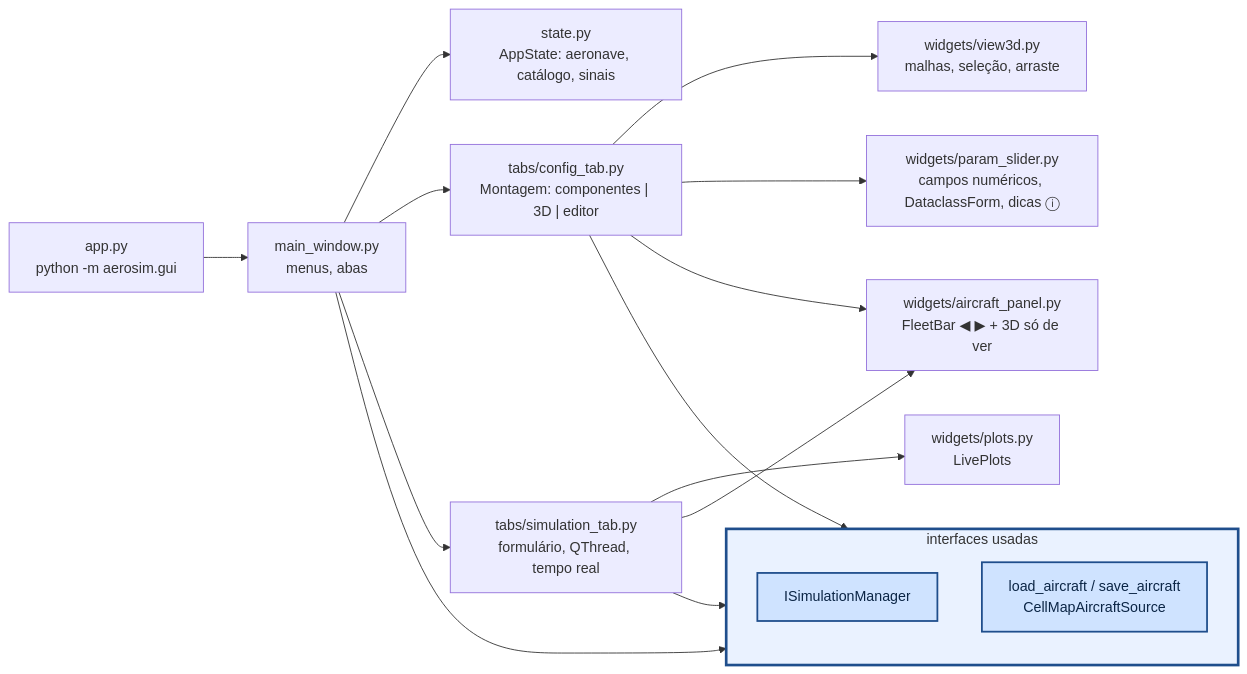
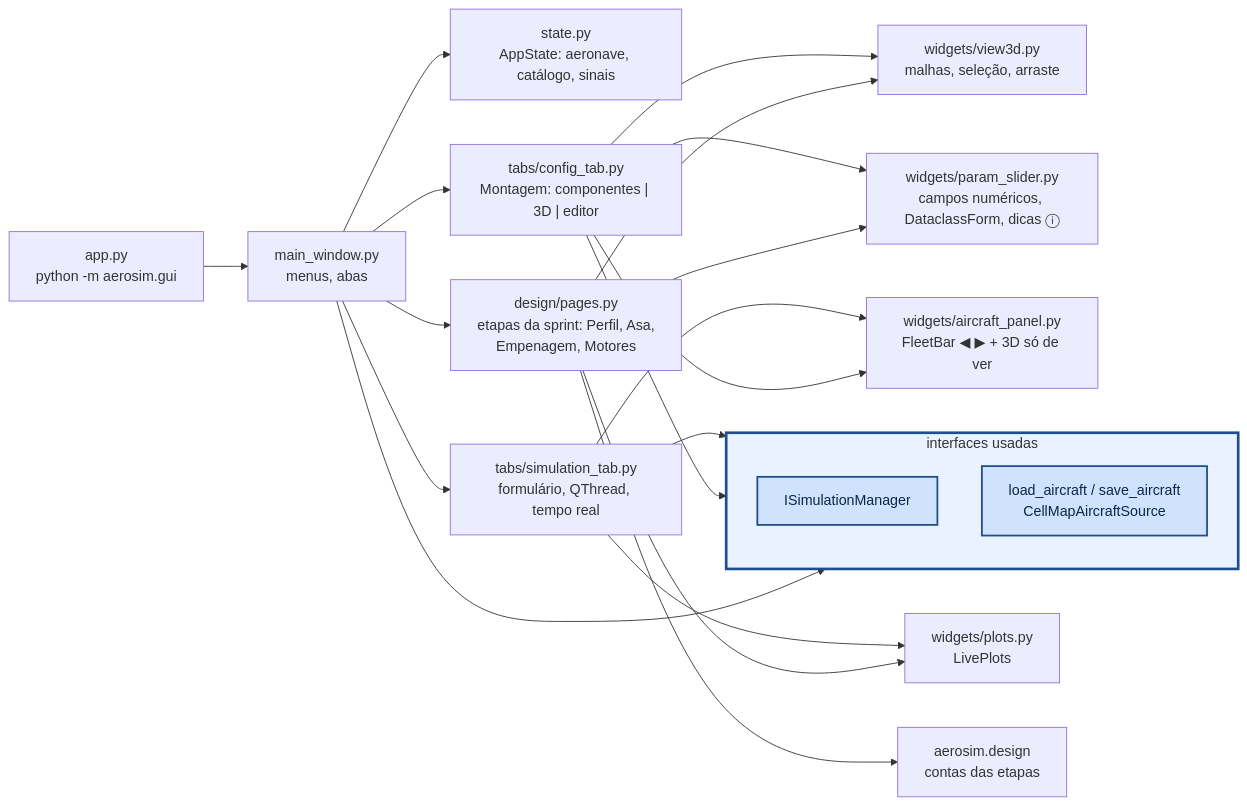
Before and after one commit to vitordallolivo/AircraftSimulation: the diagram in aerosim/gui/README.md, drawn with Mermaid. The commit also changed other lines of this file and 25 other files, not shown here.

````diff
--- a/aerosim/gui/README.md
+++ b/aerosim/gui/README.md
@@ -27,28 +27,32 @@
 ```mermaid
 flowchart LR
     subgraph API["interfaces usadas"]
         direction TB
         ISM["ISimulationManager"]
         SRC["load_aircraft / save_aircraft<br/>CellMapAircraftSource"]
     end
     APP["app.py<br/>python -m aerosim.gui"]
     MW["main_window.py<br/>menus, abas"]
     ST["state.py<br/>AppState: aeronave, catálogo, sinais"]
     CT["tabs/config_tab.py<br/>Montagem: componentes | 3D | editor"]
     AP["widgets/aircraft_panel.py<br/>FleetBar ◀ ▶ + 3D só de ver"]
+    DP["design/pages.py<br/>etapas da sprint: Perfil, Asa,<br/>Empenagem, Motores"]
+    DS["aerosim.design<br/>contas das etapas"]
     STAB["tabs/simulation_tab.py<br/>formulário, QThread, tempo real"]
     V3D["widgets/view3d.py<br/>malhas, seleção, arraste"]
     PS["widgets/param_slider.py<br/>campos numéricos, DataclassForm, dicas ⓘ"]
     PL["widgets/plots.py<br/>LivePlots"]
     APP --> MW --> ST
     MW --> CT & STAB
     CT --> V3D & PS
     STAB --> PL & AP
+    MW --> DP --> DS
+    DP --> V3D & PL & PS
     CT --> AP
     STAB --> ISM
     CT --> ISM
     MW --> SRC
     classDef iface fill:#cfe3ff,stroke:#1f4e8c,stroke-width:2px,color:#0b2545
     class ISM,SRC iface
     style API fill:#eaf2ff,stroke:#1f4e8c,stroke-width:3px
 ```
````
